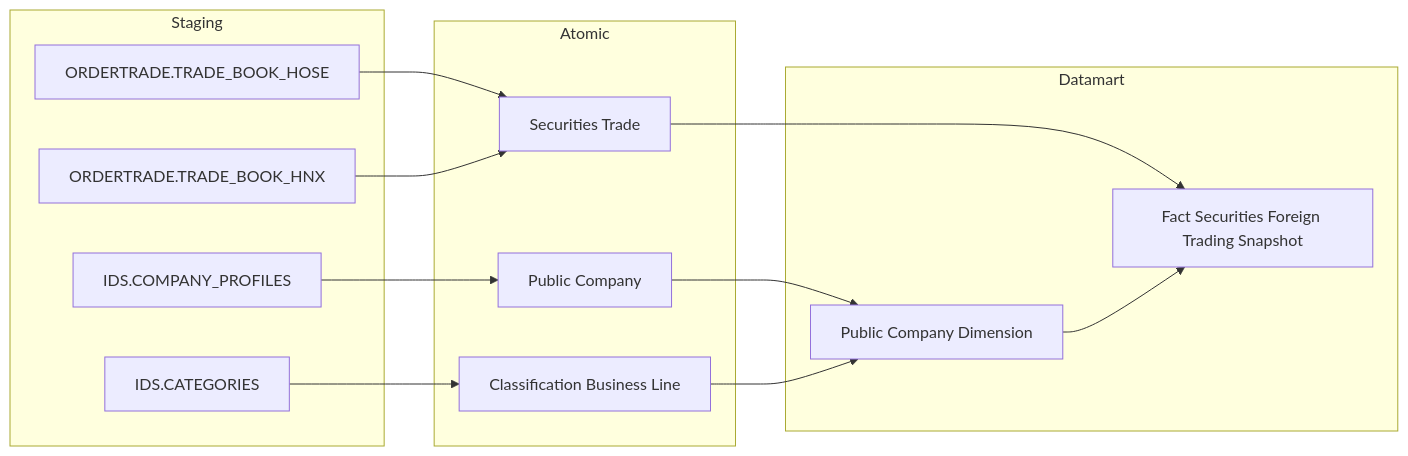
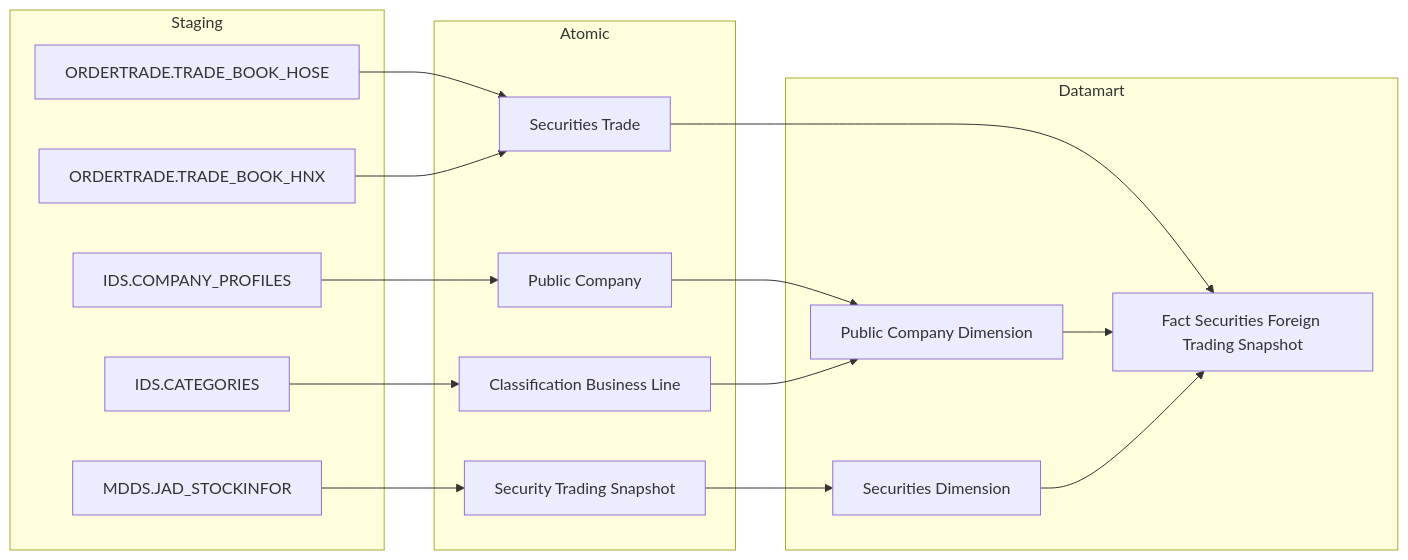
The first of 26 diagrams in Datamart/hld/DTM_NDTNN_HLD.md (linhlvit/ubck_atomic_design), drawn with Mermaid before and after one commit. The commit also changed other lines of this file and 62 other files, not shown here.

````diff
--- a/Datamart/hld/DTM_NDTNN_HLD.md
+++ b/Datamart/hld/DTM_NDTNN_HLD.md
@@ -23,30 +23,36 @@
 ```mermaid
 flowchart LR
     subgraph SRC["Staging"]
         S1["ORDERTRADE.TRADE_BOOK_HOSE"]
         S2["ORDERTRADE.TRADE_BOOK_HNX"]
         S3["IDS.COMPANY_PROFILES"]
         S4["IDS.CATEGORIES"]
+        S5["MDDS.JAD_STOCKINFOR"]
     end
 
     subgraph SIL["Atomic"]
         SV1["Securities Trade"]
         SV2["Public Company"]
         SV3["Classification Business Line"]
+        SV4["Security Trading Snapshot"]
     end
 
     subgraph Datamart["Datamart"]
         G1["Fact Securities Foreign Trading Snapshot"]
         G2["Public Company Dimension"]
+        G3["Securities Dimension"]
     end
 
     S1 --> SV1
     S2 --> SV1
     S3 --> SV2
     S4 --> SV3
+    S5 --> SV4
 
     SV1 --> G1
     SV2 --> G2
     SV3 --> G2
+    SV4 --> G3
     G2 --> G1
+    G3 --> G1
 ```
````
